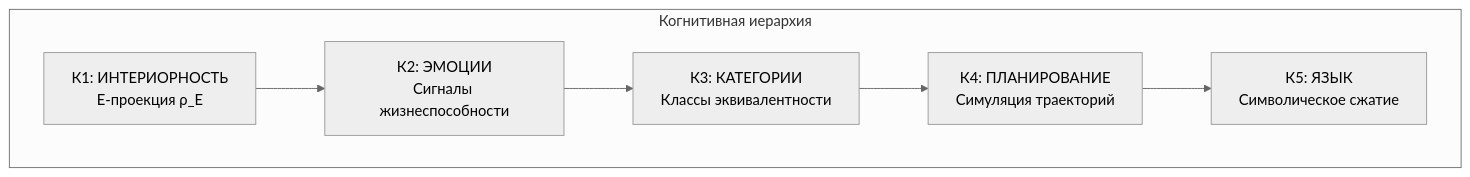
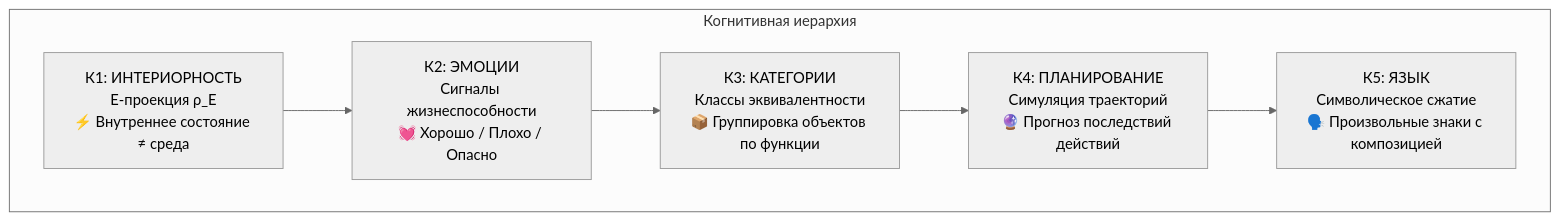
The first of 2 diagrams in website/docs/consciousness/comparative/cognitive-hierarchy.md (uhm-theory/holon), drawn with Mermaid (neutral theme) before and after one commit. The commit also changed other lines of this file and 117 other files, not shown here.

````diff
--- a/website/docs/consciousness/comparative/cognitive-hierarchy.md
+++ b/website/docs/consciousness/comparative/cognitive-hierarchy.md
@@ -52,11 +72,11 @@
 ```mermaid
 graph TB
     subgraph "Когнитивная иерархия"
-        K5[К5: ЯЗЫК<br/>Символическое сжатие]
-        K4[К4: ПЛАНИРОВАНИЕ<br/>Симуляция траекторий]
-        K3[К3: КАТЕГОРИИ<br/>Классы эквивалентности]
-        K2[К2: ЭМОЦИИ<br/>Сигналы жизнеспособности]
-        K1[К1: ИНТЕРИОРНОСТЬ<br/>E-проекция ρ_E]
+        K5[К5: ЯЗЫК<br/>Символическое сжатие<br/>🗣️ Произвольные знаки с композицией]
+        K4[К4: ПЛАНИРОВАНИЕ<br/>Симуляция траекторий<br/>🔮 Прогноз последствий действий]
+        K3[К3: КАТЕГОРИИ<br/>Классы эквивалентности<br/>📦 Группировка объектов по функции]
+        K2[К2: ЭМОЦИИ<br/>Сигналы жизнеспособности<br/>💓 Хорошо / Плохо / Опасно]
+        K1[К1: ИНТЕРИОРНОСТЬ<br/>E-проекция ρ_E<br/>⚡ Внутреннее состояние ≠ среда]
     end
     K1 --> K2 --> K3 --> K4 --> K5
 ```
````
